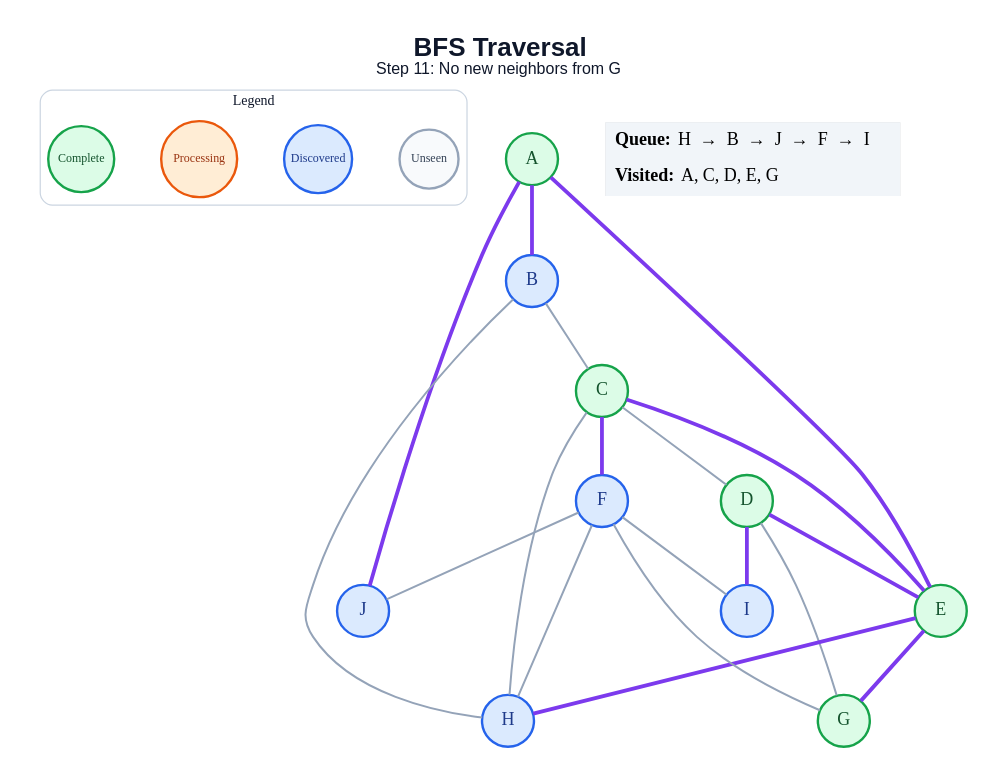
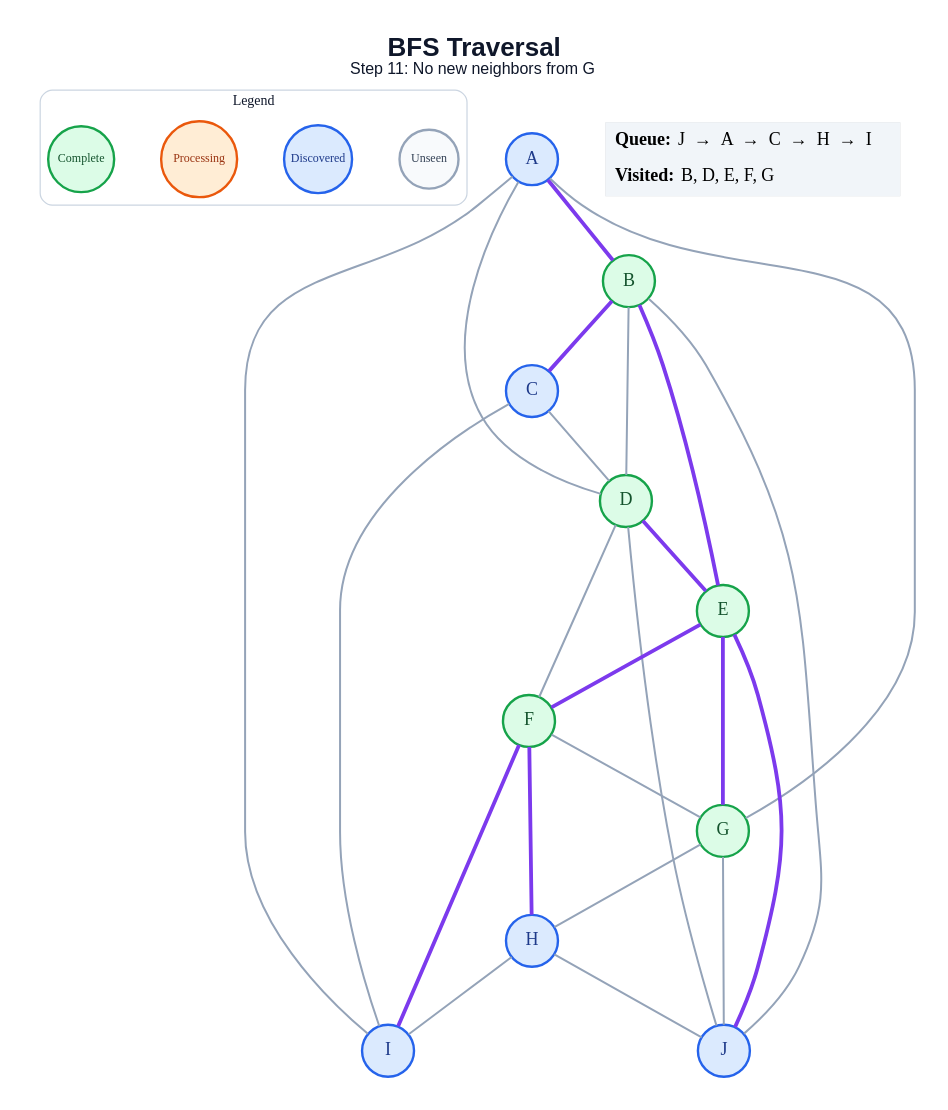
One commit to amanghodawala9/ai-slop changed the diagram in generated/specific-node/bfs/step_11.dot. Above: the diagram before and after it, drawn with Graphviz. The commit also changed 178 other files, not shown here.

```diff
--- a/generated/specific-node/bfs/step_11.dot
+++ b/generated/specific-node/bfs/step_11.dot
@@ -1,47 +1,52 @@
 graph traversal {
   graph [layout=dot, rankdir=TB, bgcolor="#FFFFFF", pad="0.35", nodesep="0.65", ranksep="0.8", fontname="Arial"];
   node [shape=circle, style="filled", fontname="Arial Bold", fontsize=18, width=0.72, fixedsize=true, penwidth=2.4];
   edge [color="#94A3B8", penwidth=2.0];
   label=<<B>BFS Traversal</B><BR/><FONT POINT-SIZE="16">Step 11: No new neighbors from G</FONT>>; labelloc="t"; fontsize=26; fontname="Arial"; fontcolor="#0F172A";
   subgraph cluster_legend { label="Legend"; color="#CBD5E1"; penwidth=1.2; style="rounded"; fontsize=14; fontname="Arial Bold";
     key_unseen [label="Unseen", fillcolor="#F8FAFC", color="#94A3B8", fontcolor="#334155", fontsize=12, width=0.82];
     key_frontier [label="Discovered", fillcolor="#DBEAFE", color="#2563EB", fontcolor="#1E3A8A", fontsize=12, width=0.95];
     key_current [label="Processing", fillcolor="#FFEDD5", color="#EA580C", fontcolor="#9A3412", fontsize=12, width=1.05];
     key_done [label="Complete", fillcolor="#DCFCE7", color="#16A34A", fontcolor="#14532D", fontsize=12, width=0.92];
     { rank=same; key_unseen; key_frontier; key_current; key_done; }
   }
-  A [fillcolor="#DCFCE7", color="#16A34A", fontcolor="#14532D"];
-  B [fillcolor="#DBEAFE", color="#2563EB", fontcolor="#1E3A8A"];
-  C [fillcolor="#DCFCE7", color="#16A34A", fontcolor="#14532D"];
+  A [fillcolor="#DBEAFE", color="#2563EB", fontcolor="#1E3A8A"];
+  B [fillcolor="#DCFCE7", color="#16A34A", fontcolor="#14532D"];
+  C [fillcolor="#DBEAFE", color="#2563EB", fontcolor="#1E3A8A"];
   D [fillcolor="#DCFCE7", color="#16A34A", fontcolor="#14532D"];
   E [fillcolor="#DCFCE7", color="#16A34A", fontcolor="#14532D"];
-  F [fillcolor="#DBEAFE", color="#2563EB", fontcolor="#1E3A8A"];
+  F [fillcolor="#DCFCE7", color="#16A34A", fontcolor="#14532D"];
   G [fillcolor="#DCFCE7", color="#16A34A", fontcolor="#14532D"];
   H [fillcolor="#DBEAFE", color="#2563EB", fontcolor="#1E3A8A"];
   I [fillcolor="#DBEAFE", color="#2563EB", fontcolor="#1E3A8A"];
   J [fillcolor="#DBEAFE", color="#2563EB", fontcolor="#1E3A8A"];
   A -- B [color="#7C3AED", penwidth=3.8];
-  A -- E [color="#7C3AED", penwidth=3.8];
-  A -- J [color="#7C3AED", penwidth=3.8];
-  B -- C;
-  B -- H;
+  A -- D;
+  A -- G;
+  A -- I;
+  B -- C [color="#7C3AED", penwidth=3.8];
+  B -- D;
+  B -- E [color="#7C3AED", penwidth=3.8];
+  B -- J;
   C -- D;
-  C -- E [color="#7C3AED", penwidth=3.8];
-  C -- F [color="#7C3AED", penwidth=3.8];
-  C -- H;
+  C -- I;
   D -- E [color="#7C3AED", penwidth=3.8];
-  D -- G;
-  D -- I [color="#7C3AED", penwidth=3.8];
+  D -- F;
+  D -- J;
+  E -- F [color="#7C3AED", penwidth=3.8];
   E -- G [color="#7C3AED", penwidth=3.8];
-  E -- H [color="#7C3AED", penwidth=3.8];
+  E -- J [color="#7C3AED", penwidth=3.8];
   F -- G;
-  F -- H;
-  F -- I;
-  F -- J;
+  F -- H [color="#7C3AED", penwidth=3.8];
+  F -- I [color="#7C3AED", penwidth=3.8];
+  G -- H;
+  G -- J;
+  H -- I;
+  H -- J;
   status [shape=plain, fixedsize=false, width=0, height=0, margin=0, label=<
     <TABLE BORDER="0" CELLBORDER="0" CELLPADDING="7" BGCOLOR="#F1F5F9">
-      <TR><TD ALIGN="LEFT"><B>Queue:</B> H  →  B  →  J  →  F  →  I</TD></TR>
-      <TR><TD ALIGN="LEFT"><B>Visited:</B> A, C, D, E, G</TD></TR>
+      <TR><TD ALIGN="LEFT"><B>Queue:</B> J  →  A  →  C  →  H  →  I</TD></TR>
+      <TR><TD ALIGN="LEFT"><B>Visited:</B> B, D, E, F, G</TD></TR>
     </TABLE>
   >];
 }
```
